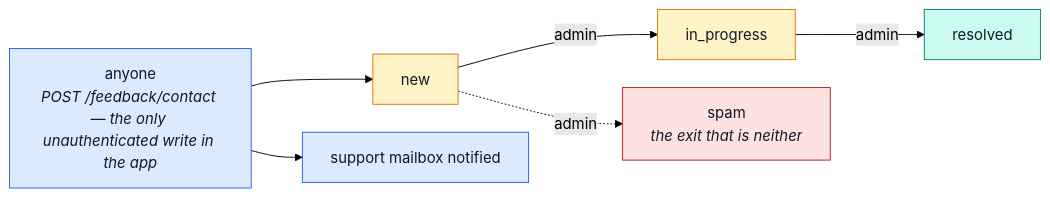
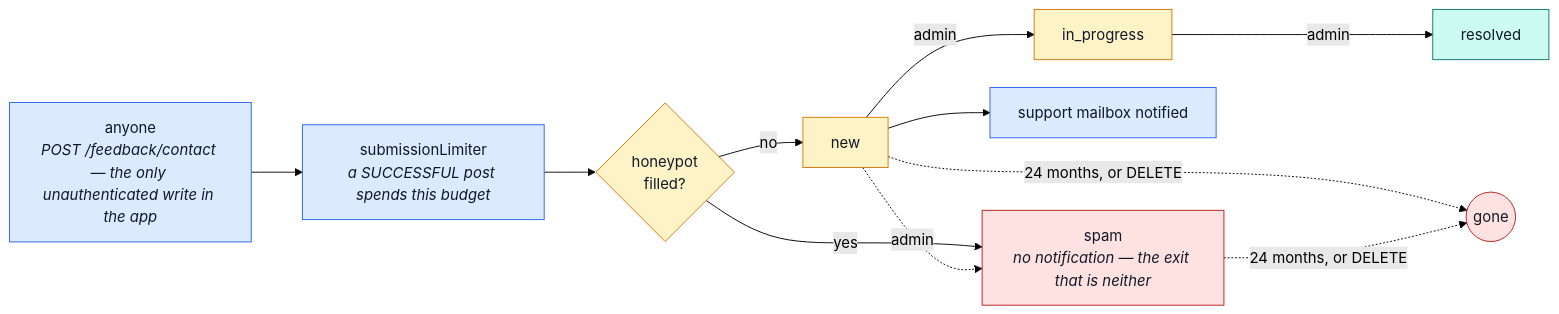
The diagram in docs/modules/feedback.md (Guebbit/boilerplate-node-backend), drawn with Mermaid (forest theme) before and after one commit. The commit also changed other lines of this file and 20 other files, not shown here.

First line of the commit message:
fix(feedback): rate-limit, honeypot, retention and delete for contact tickets

````diff
--- a/docs/modules/feedback.md
+++ b/docs/modules/feedback.md
@@ -41,18 +58,23 @@
 ```mermaid
 %%{init: {'flowchart': {'nodeSpacing': 30, 'rankSpacing': 55}}}%%
 flowchart LR
-    V["anyone<br/><i>POST /feedback/contact — the only unauthenticated write in the app</i>"] --> N["new"]
-    V --> E["support mailbox notified"]
+    V["anyone<br/><i>POST /feedback/contact — the only unauthenticated write in the app</i>"] --> L["submissionLimiter<br/><i>a SUCCESSFUL post spends this budget</i>"]
+    L --> H{"honeypot<br/>filled?"}
+    H -->|no| N["new"]
+    H -->|yes| S["spam<br/><i>no notification — the exit that is neither</i>"]
+    N --> E["support mailbox notified"]
     N -->|admin| I["in_progress"]
     I -->|admin| R["resolved"]
-    N -.->|admin| S["spam<br/><i>the exit that is neither</i>"]
+    N -.->|admin| S
+    N -.->|24 months, or DELETE| X(("gone"))
+    S -.->|24 months, or DELETE| X
 
     classDef public fill:#dbeafe,stroke:#2563eb,color:#111827;
     classDef open fill:#fef3c7,stroke:#d97706,color:#111827;
     classDef done fill:#ccfbf1,stroke:#0f766e,color:#111827;
     classDef bad fill:#fee2e2,stroke:#b91c1c,color:#111827;
-    class V,E public;
-    class N,I open;
+    class V,L,E public;
+    class H,N,I open;
     class R done;
-    class S bad;
+    class S,X bad;
 ```
````
